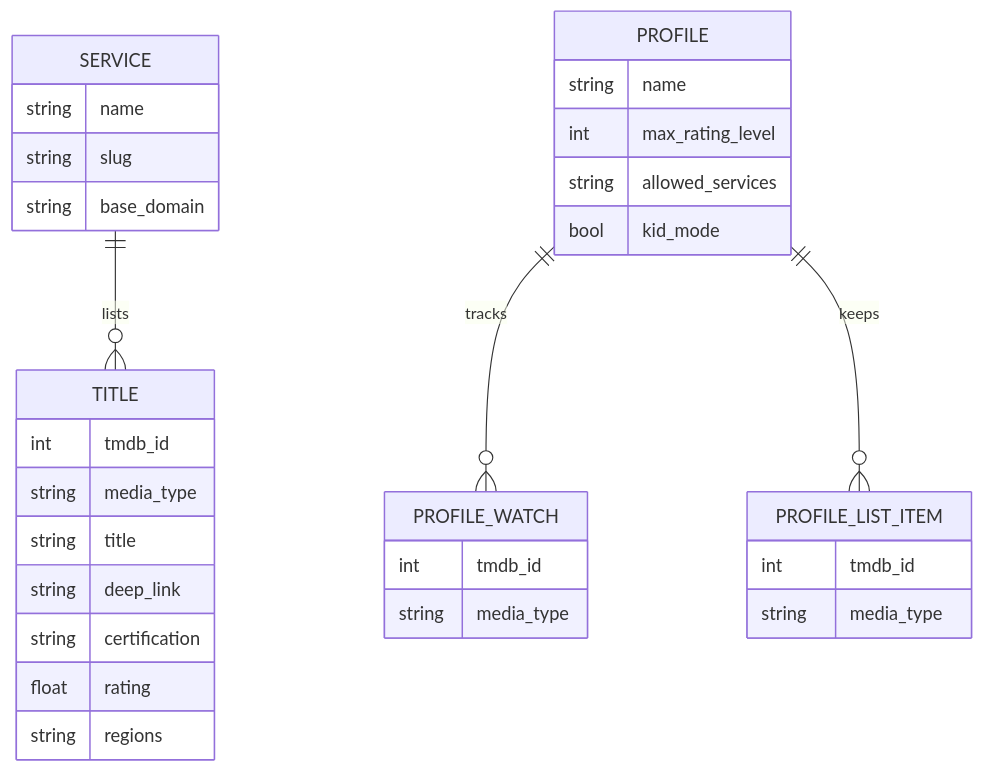
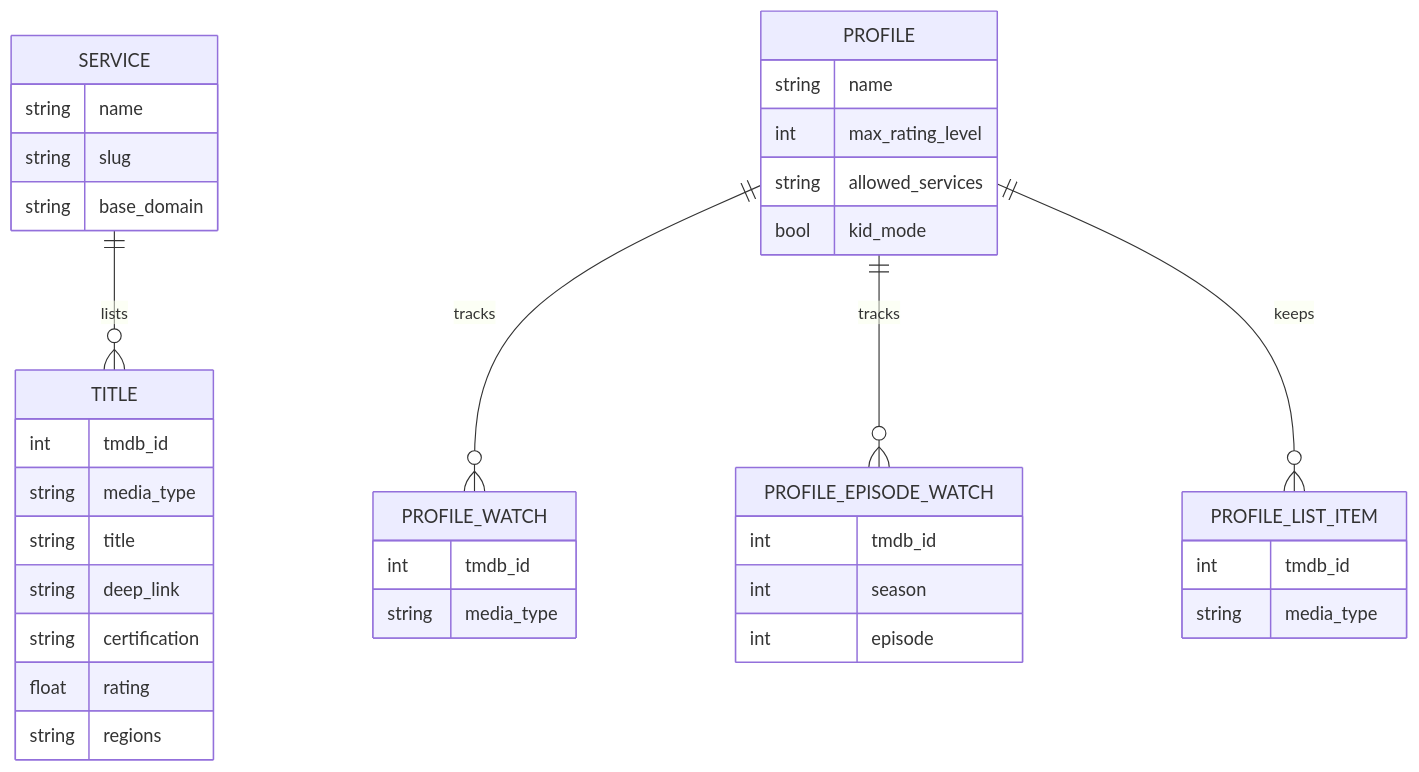
Before and after one commit to JamesZesiger/StreamDeck: the second of 4 diagrams in README.md, drawn with Mermaid. The commit also changed other lines of this file and 1 other file, not shown here.

````diff
--- a/README.md
+++ b/README.md
@@ -194,12 +196,14 @@
 ```mermaid
 erDiagram
     SERVICE ||--o{ TITLE : lists
     PROFILE ||--o{ PROFILE_WATCH : tracks
+    PROFILE ||--o{ PROFILE_EPISODE_WATCH : tracks
     PROFILE ||--o{ PROFILE_LIST_ITEM : keeps
 
     SERVICE { string name string slug string base_domain }
     TITLE { int tmdb_id string media_type string title string deep_link string certification float rating string regions }
     PROFILE { string name int max_rating_level string allowed_services bool kid_mode }
     PROFILE_WATCH { int tmdb_id string media_type }
+    PROFILE_EPISODE_WATCH { int tmdb_id int season int episode }
     PROFILE_LIST_ITEM { int tmdb_id string media_type }
 ```
````
